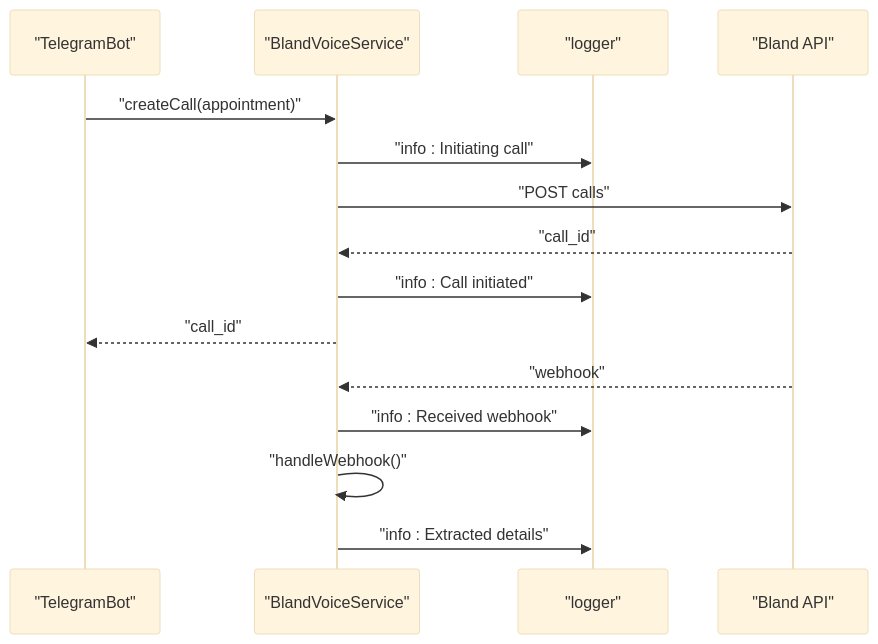
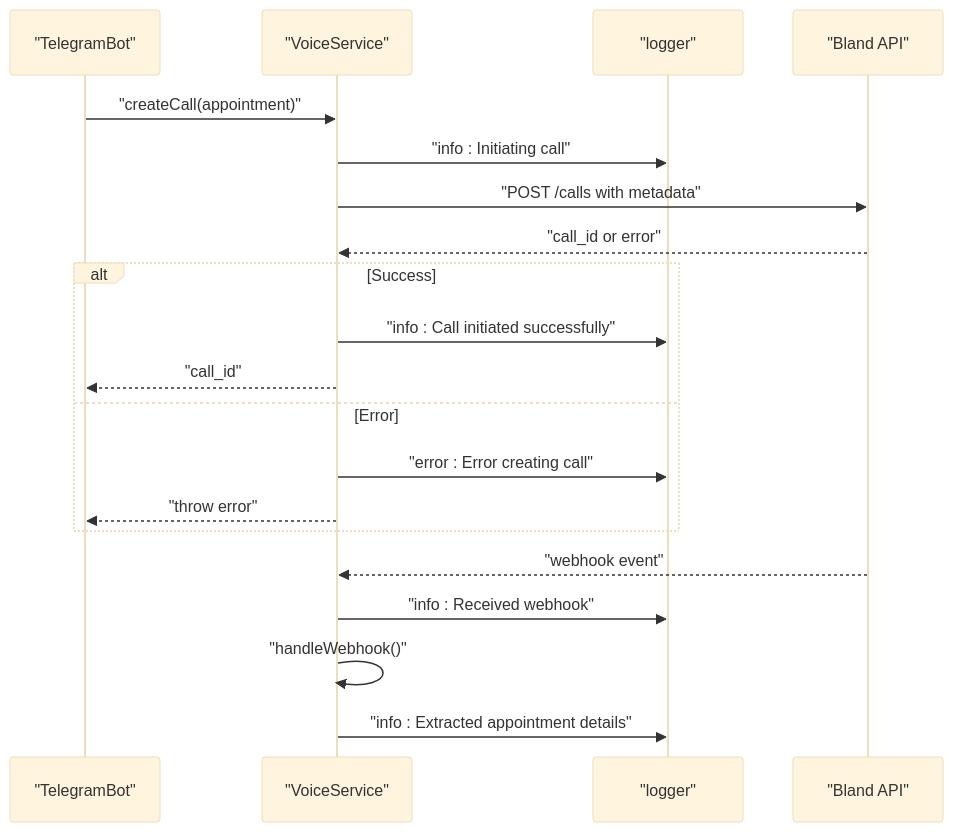
The seventh of 9 diagrams in .qoder/repowiki/en/content/Logging and Monitoring.md (Armanda888/appointment-voice-agent), drawn with Mermaid (base theme) before and after one commit. The commit also changed other lines of this file and 14 other files, not shown here.

````diff
--- a/.qoder/repowiki/en/content/Logging and Monitoring.md
+++ b/.qoder/repowiki/en/content/Logging and Monitoring.md
@@ -274,17 +359,22 @@
 ```mermaid
 sequenceDiagram
 participant Bot as "TelegramBot"
-participant Bland as "BlandVoiceService"
+participant Voice as "VoiceService"
 participant Logger as "logger"
 participant API as "Bland API"
-Bot->>Bland : "createCall(appointment)"
-Bland->>Logger : "info : Initiating call"
-Bland->>API : "POST calls"
-API-->>Bland : "call_id"
-Bland->>Logger : "info : Call initiated"
-Bland-->>Bot : "call_id"
-API-->>Bland : "webhook"
-Bland->>Logger : "info : Received webhook"
-Bland->>Bland : "handleWebhook()"
-Bland->>Logger : "info : Extracted details"
+Bot->>Voice : "createCall(appointment)"
+Voice->>Logger : "info : Initiating call"
+Voice->>API : "POST /calls with metadata"
+API-->>Voice : "call_id or error"
+alt Success
+Voice->>Logger : "info : Call initiated successfully"
+Voice-->>Bot : "call_id"
+else Error
+Voice->>Logger : "error : Error creating call"
+Voice-->>Bot : "throw error"
+end
+API-->>Voice : "webhook event"
+Voice->>Logger : "info : Received webhook"
+Voice->>Voice : "handleWebhook()"
+Voice->>Logger : "info : Extracted appointment details"
 ```
````
